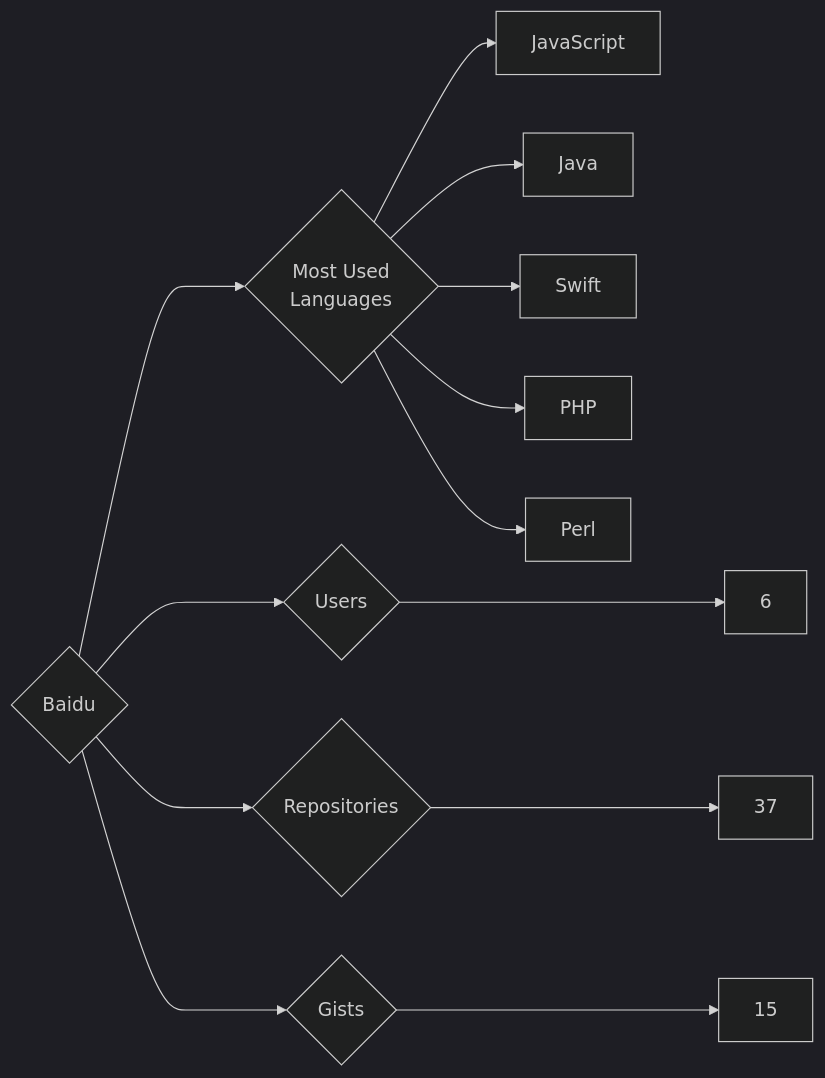
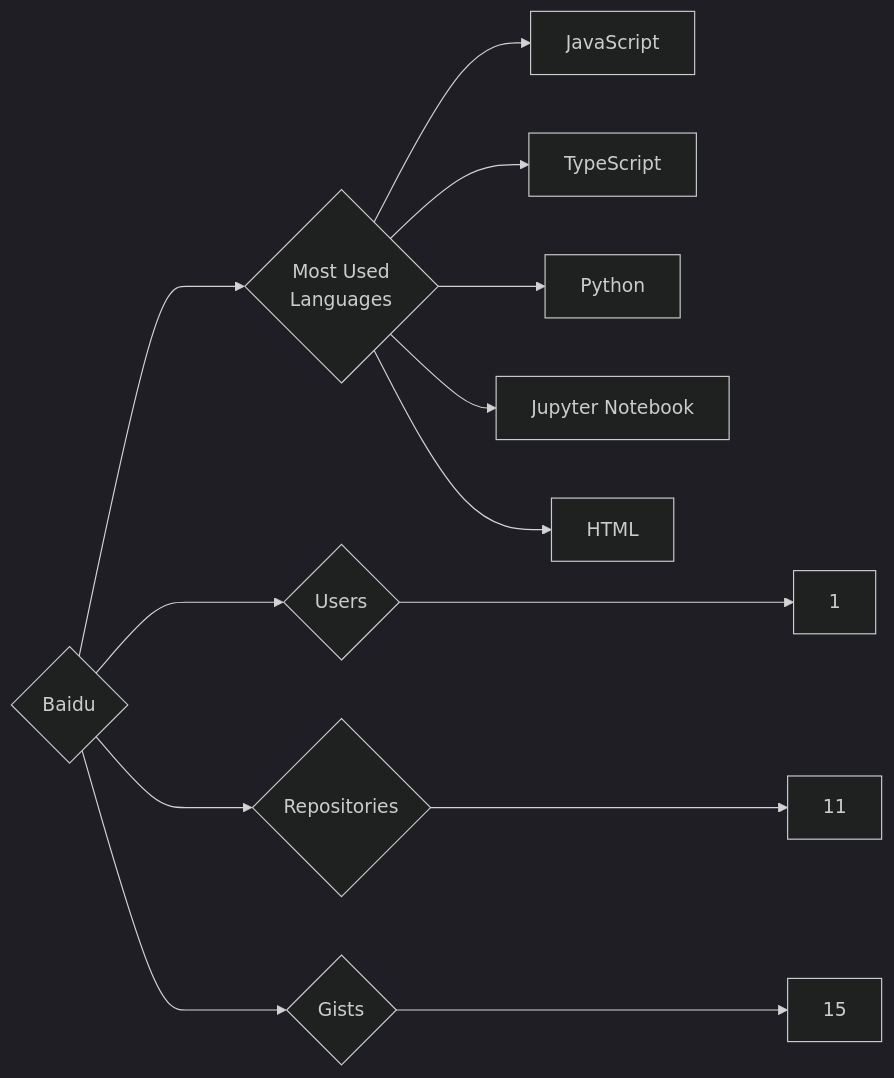
Before and after one commit to trickest/insiders: the diagram in targets/Baidu/README.md, drawn with Mermaid (dark theme). The commit also changed 618 other files, not shown here.

````diff
--- a/targets/Baidu/README.md
+++ b/targets/Baidu/README.md
@@ -3,13 +3,13 @@
 ```mermaid
 graph LR
 COMPANY_NAME{Baidu}
-COMPANY_NAME ---> U{Users} ---> UN[6]
-COMPANY_NAME ---> R{Repositories} ---> RN[37]
+COMPANY_NAME ---> U{Users} ---> UN[1]
+COMPANY_NAME ---> R{Repositories} ---> RN[11]
 COMPANY_NAME ---> G{Gists} ---> GN[15]
 COMPANY_NAME ---> ML{Most Used<br>Languages}
 ML --> JavaScript[JavaScript]
-ML --> Java[Java]
-ML --> Swift[Swift]
-ML --> PHP[PHP]
-ML --> Perl[Perl]
+ML --> TypeScript[TypeScript]
+ML --> Python[Python]
+ML --> Jupyter_Notebook[Jupyter Notebook]
+ML --> HTML[HTML]
 ```
````
